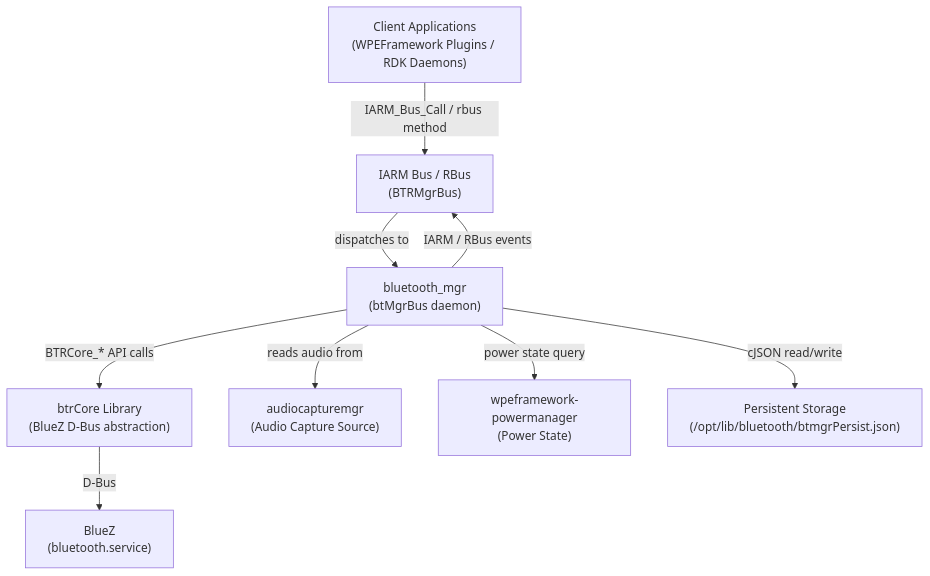
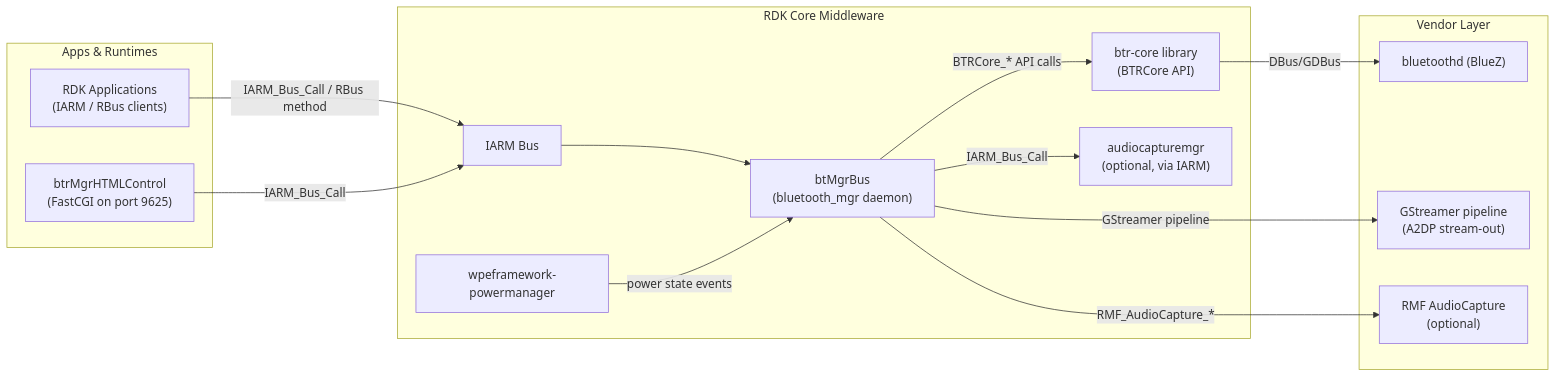
One commit to rns21/RDK_Documentation changed the first of 7 diagrams in docs/docu/RDKV-Documentations/bluetooth-mgr.md. Above: the diagram before and after it, drawn with Mermaid. The commit also changed other lines of this file, not shown here.

````diff
--- a/docs/docu/RDKV-Documentations/bluetooth-mgr.md
+++ b/docs/docu/RDKV-Documentations/bluetooth-mgr.md
@@ -13,20 +9,36 @@
 ```mermaid
-graph TD
-    Client["Client Applications\n(WPEFramework Plugins / RDK Daemons)"]
-    IARM["IARM Bus / RBus\n(BTRMgrBus)"]
-    BTMgr["bluetooth_mgr\n(btMgrBus daemon)"]
-    BTRCore["btrCore Library\n(BlueZ D-Bus abstraction)"]
-    BlueZ["BlueZ\n(bluetooth.service)"]
-    AudioCap["audiocapturemgr\n(Audio Capture Source)"]
-    PowerMgr["wpeframework-powermanager\n(Power State)"]
-    PersistFS["Persistent Storage\n(/opt/lib/bluetooth/btmgrPersist.json)"]
+flowchart LR
 
-    Client -->|"IARM_Bus_Call / rbus method"| IARM
-    IARM -->|"dispatches to"| BTMgr
-    BTMgr -->|"BTRCore_* API calls"| BTRCore
-    BTRCore -->|"D-Bus"| BlueZ
-    BTMgr -->|"IARM / RBus events"| IARM
-    BTMgr -->|"reads audio from"| AudioCap
-    BTMgr -->|"power state query"| PowerMgr
-    BTMgr -->|"cJSON read/write"| PersistFS
+classDef Apps stroke:#00B9F1,fill:#E6F7FD,stroke-width:2px;
+classDef RDKMW stroke:#75D701,fill:#F1FFE6,stroke-width:2px;
+classDef VL stroke:#808080,fill:#F2F2F2,stroke-width:2px;
+
+subgraph Apps["Apps & Runtimes"]
+    RDKApps["RDK Applications\n(IARM / RBus clients)"]
+    HTMLCtrl["btrMgrHTMLControl\n(FastCGI on port 9625)"]
+end
+
+subgraph RDKMW["RDK Core Middleware"]
+    BTRMGR["btMgrBus\n(bluetooth_mgr daemon)"]
+    IARMBUS["IARM Bus"]
+    BTRCore["btr-core library\n(BTRCore API)"]
+    ACM["audiocapturemgr\n(optional, via IARM)"]
+    PowerMgr["wpeframework-powermanager"]
+end
+
+subgraph VL["Vendor Layer"]
+    BlueZ["bluetoothd (BlueZ)"]
+    GST["GStreamer pipeline\n(A2DP stream-out)"]
+    RMF["RMF AudioCapture\n(optional)"]
+end
+
+RDKApps -->|IARM_Bus_Call / RBus method| IARMBUS
+HTMLCtrl -->|IARM_Bus_Call| IARMBUS
+IARMBUS --> BTRMGR
+BTRMGR -->|BTRCore_* API calls| BTRCore
+BTRCore -->|DBus/GDBus| BlueZ
+BTRMGR -->|GStreamer pipeline| GST
+BTRMGR -->|IARM_Bus_Call| ACM
+BTRMGR -->|RMF_AudioCapture_*| RMF
+PowerMgr -->|power state events| BTRMGR
 ```
````
